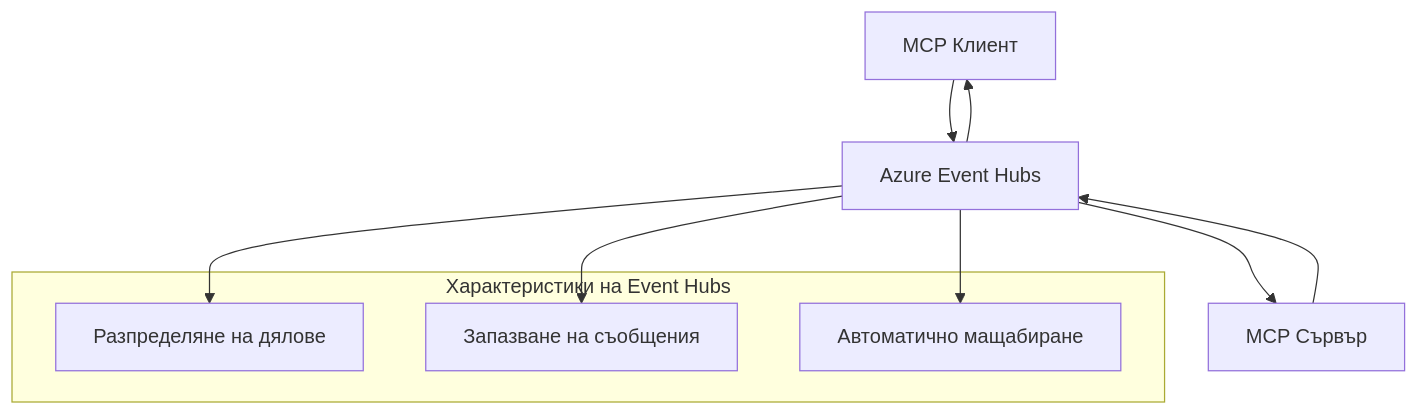
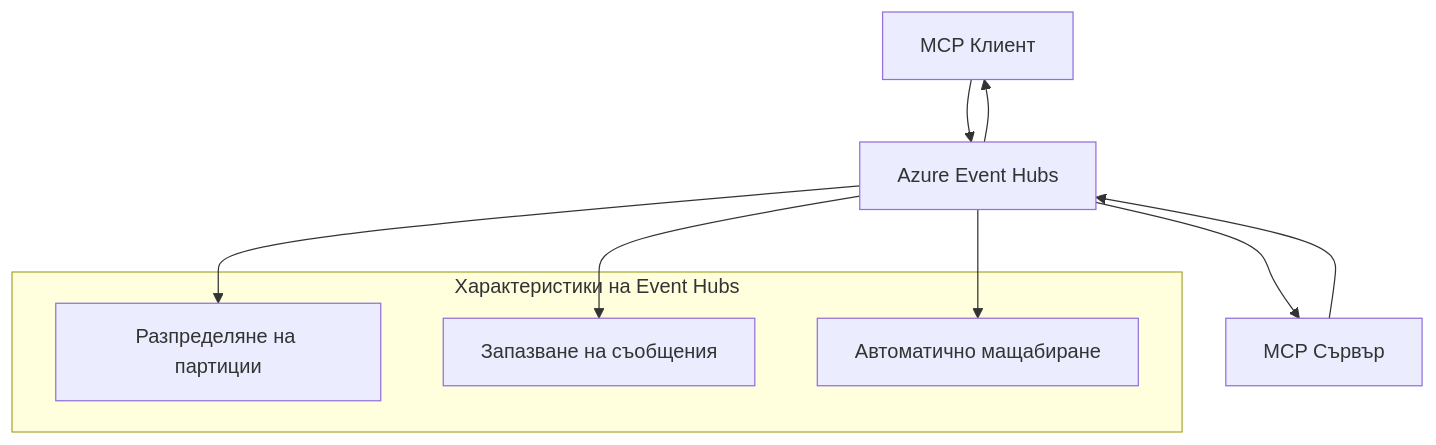
Before and after one commit to HIDORAKAI002/ai-workspace-archive: the second of 2 diagrams in mcp_ecosystem__model_context_protocol/mcp_learning_resources/mcp-for-beginners/translations/bg/05-AdvancedTopics/mcp-transport/README.md, drawn with Mermaid. The commit also changed other lines of this file and 1539 other files, not shown here.

````diff
--- a/mcp_ecosystem__model_context_protocol/mcp_learning_resources/mcp-for-beginners/translations/bg/05-AdvancedTopics/mcp-transport/README.md
+++ b/mcp_ecosystem__model_context_protocol/mcp_learning_resources/mcp-for-beginners/translations/bg/05-AdvancedTopics/mcp-transport/README.md
@@ -269,17 +270,17 @@
 ```mermaid
 graph TB
     Client[MCP Клиент] --> EH[Azure Event Hubs]
     EH --> Server[MCP Сървър]
     Server --> EH
     EH --> Client
     
     subgraph "Характеристики на Event Hubs"
-        Partition[Разпределяне на дялове]
+        Partition[Разпределяне на партиции]
         Retention[Запазване на съобщения]
         Scaling[Автоматично мащабиране]
     end
     
     EH --> Partition
     EH --> Retention
     EH --> Scaling
 ```
````
